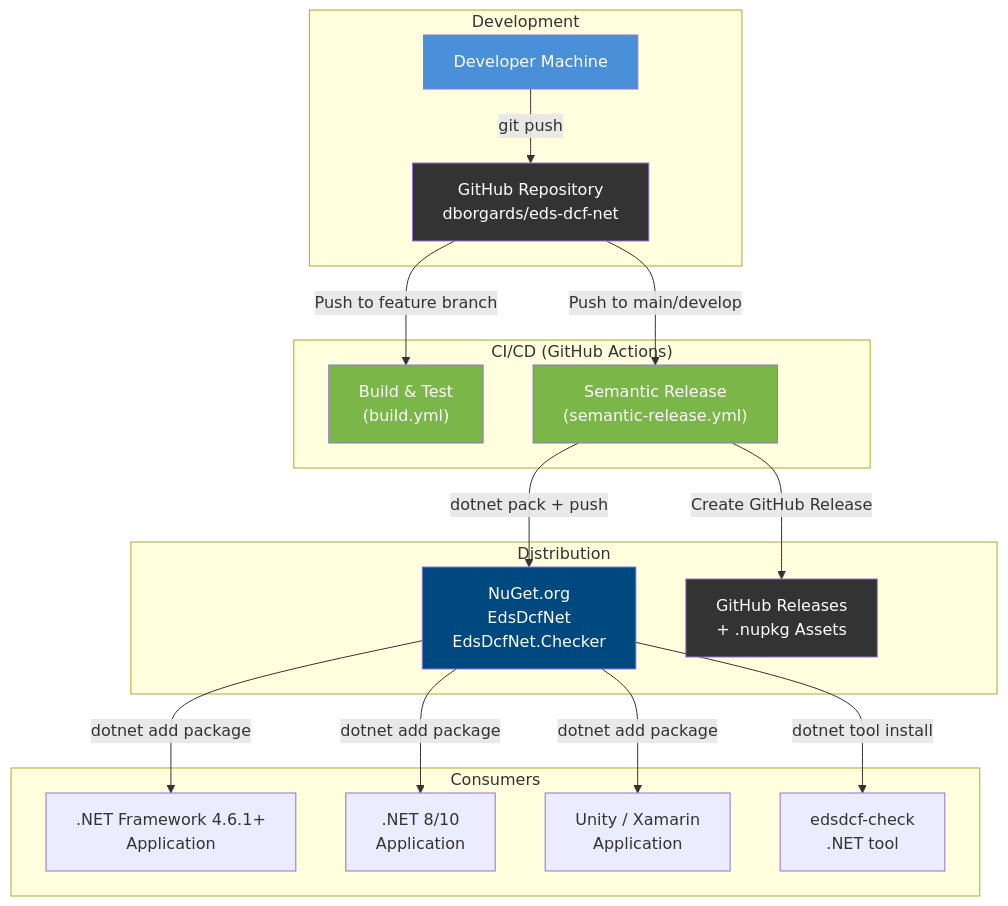
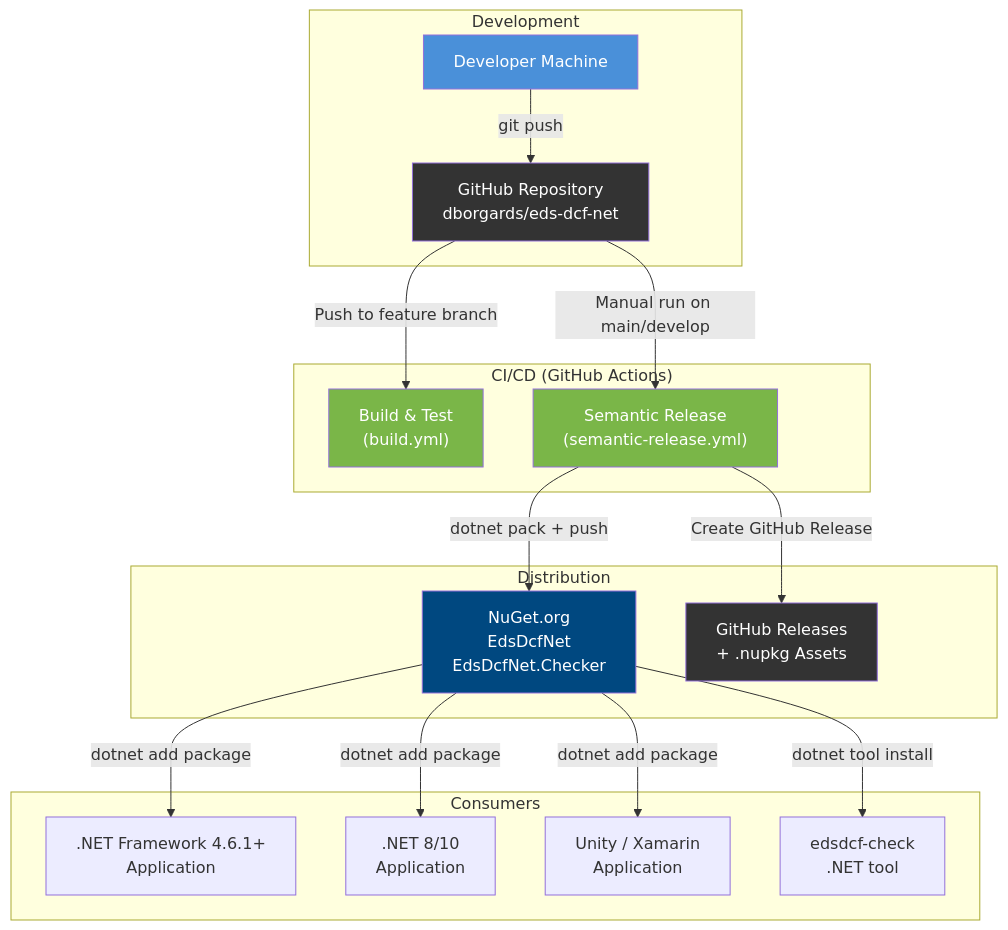
Before and after one commit to dborgards/eds-dcf-net: the first of 2 diagrams in docs/architecture/07-deployment-view.md, drawn with Mermaid. The commit also changed other lines of this file and 5 other files, not shown here.

First line of the commit message:
ci: manual releases behind a release environment (#712)

````diff
--- a/docs/architecture/07-deployment-view.md
+++ b/docs/architecture/07-deployment-view.md
@@ -7,41 +7,41 @@
 ```mermaid
 graph TB
     subgraph Development ["Development"]
         Dev["Developer Machine"]
         GH["GitHub Repository<br/>dborgards/eds-dcf-net"]
     end
 
     subgraph CI ["CI/CD (GitHub Actions)"]
         Build["Build & Test<br/>(build.yml)"]
         Release["Semantic Release<br/>(semantic-release.yml)"]
     end
 
     subgraph Distribution ["Distribution"]
         NuGet["NuGet.org<br/>EdsDcfNet<br/>EdsDcfNet.Checker"]
         GHR["GitHub Releases<br/>+ .nupkg Assets"]
     end
 
     subgraph Consumers ["Consumers"]
         App1[".NET Framework 4.6.1+<br/>Application"]
         App2[".NET 8/10<br/>Application"]
         App3["Unity / Xamarin<br/>Application"]
         Cli["edsdcf-check<br/>.NET tool"]
     end
 
     Dev -->|git push| GH
     GH -->|Push to feature branch| Build
-    GH -->|Push to main/develop| Release
+    GH -->|Manual run on main/develop| Release
     Release -->|dotnet pack + push| NuGet
     Release -->|Create GitHub Release| GHR
     NuGet -->|dotnet add package| App1
     NuGet -->|dotnet add package| App2
     NuGet -->|dotnet add package| App3
     NuGet -->|dotnet tool install| Cli
 
     style Dev fill:#4A90D9,color:#fff
     style GH fill:#333,color:#fff
     style Build fill:#7AB648,color:#fff
     style Release fill:#7AB648,color:#fff
     style NuGet fill:#004880,color:#fff
     style GHR fill:#333,color:#fff
 ```
````
